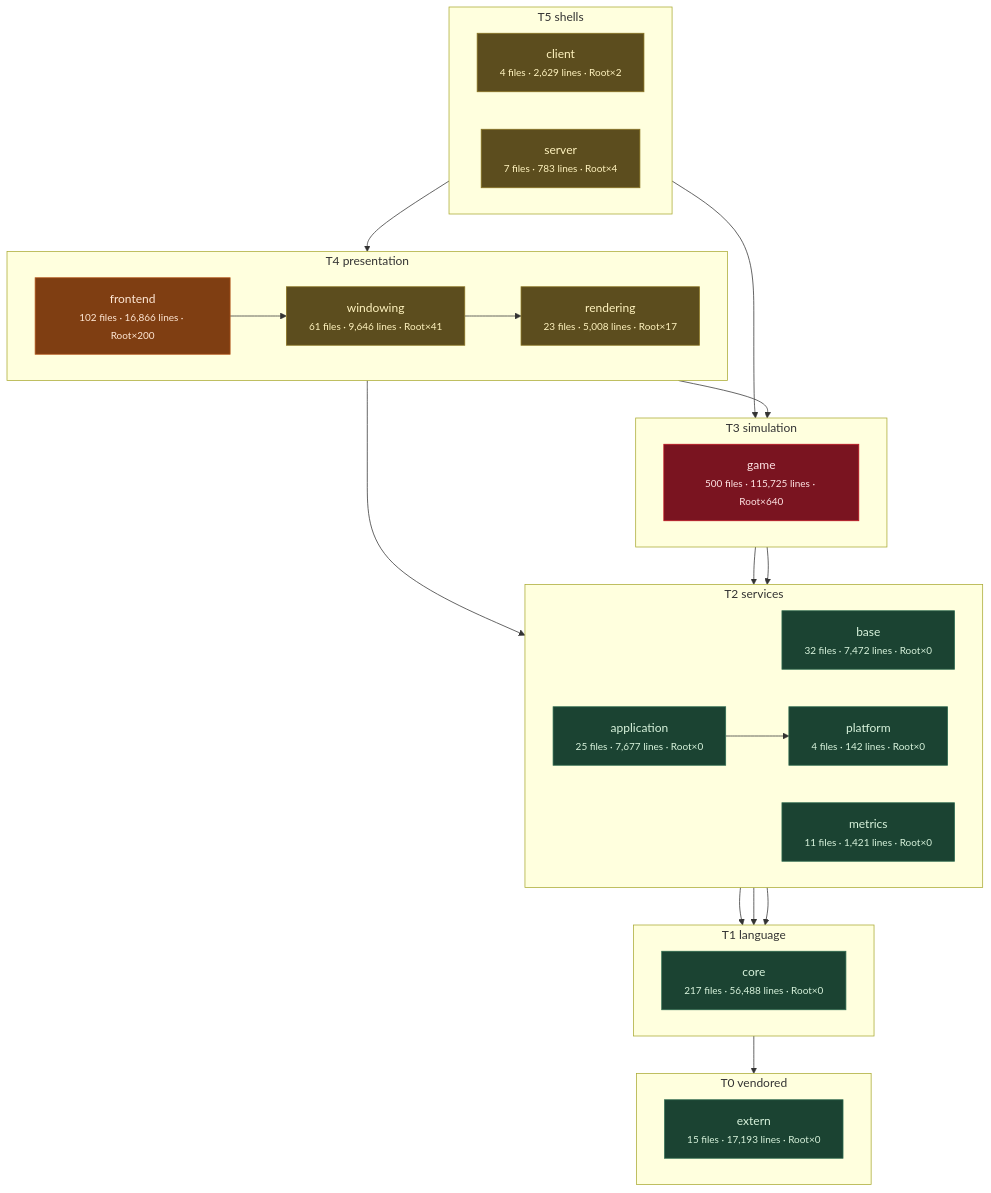
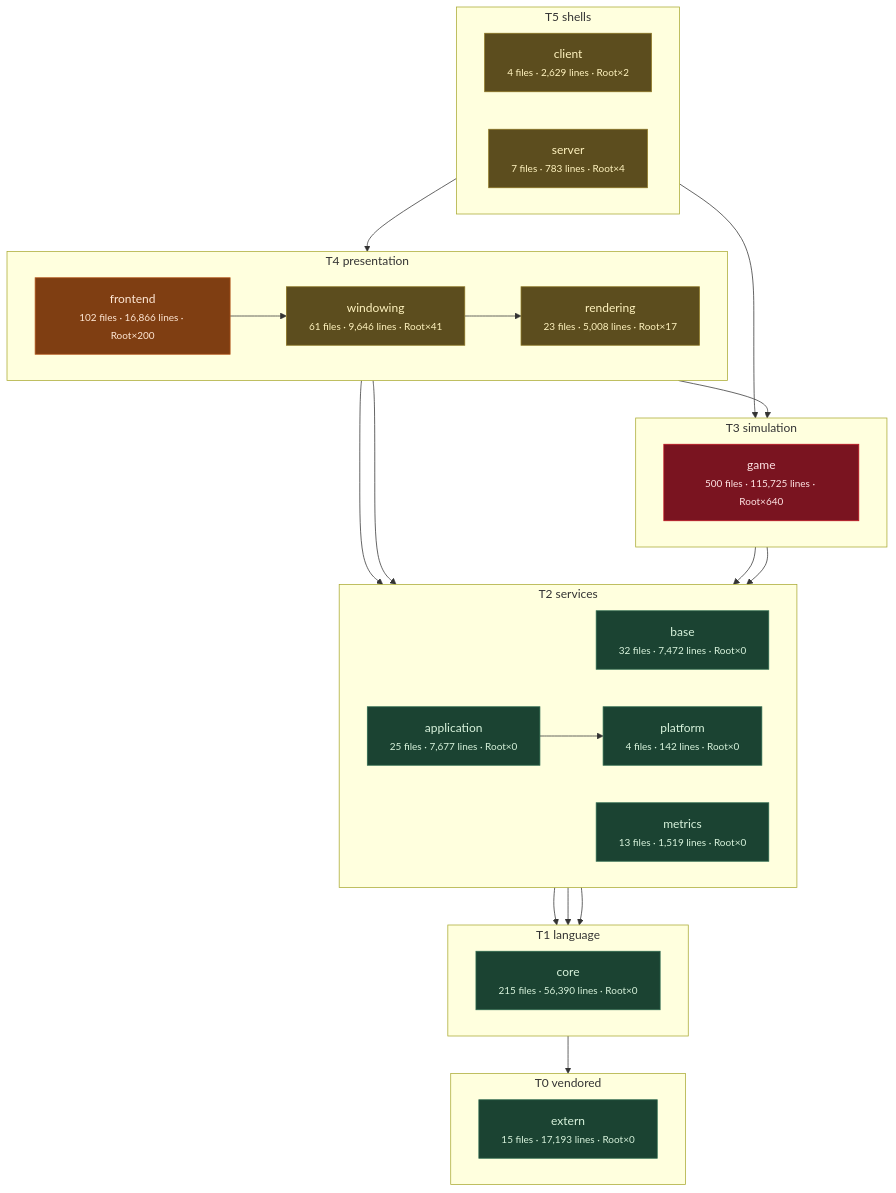
Before and after one commit to apnex/OpenStarbound: the third of 11 diagrams in docs/architecture/system-boundaries.md, drawn with Mermaid. The commit also changed other lines of this file and 8 other files, not shown here.

````diff
--- a/docs/architecture/system-boundaries.md
+++ b/docs/architecture/system-boundaries.md
@@ -271,54 +271,55 @@
 ```mermaid
 flowchart TD
   subgraph T0["T0 vendored"]
     direction LR
     extern["extern<br/><small>15 files · 17,193 lines · Root×0</small>"]
   end
   subgraph T1["T1 language"]
     direction LR
-    core["core<br/><small>217 files · 56,488 lines · Root×0</small>"]
+    core["core<br/><small>215 files · 56,390 lines · Root×0</small>"]
   end
   subgraph T2["T2 services"]
     direction LR
     base["base<br/><small>32 files · 7,472 lines · Root×0</small>"]
-    metrics["metrics<br/><small>11 files · 1,421 lines · Root×0</small>"]
+    metrics["metrics<br/><small>13 files · 1,519 lines · Root×0</small>"]
     platform["platform<br/><small>4 files · 142 lines · Root×0</small>"]
     application["application<br/><small>25 files · 7,677 lines · Root×0</small>"]
   end
   subgraph T3["T3 simulation"]
     direction LR
     game["game<br/><small>500 files · 115,725 lines · Root×640</small>"]
   end
   subgraph T4["T4 presentation"]
     direction LR
     rendering["rendering<br/><small>23 files · 5,008 lines · Root×17</small>"]
     windowing["windowing<br/><small>61 files · 9,646 lines · Root×41</small>"]
     frontend["frontend<br/><small>102 files · 16,866 lines · Root×200</small>"]
   end
   subgraph T5["T5 shells"]
     direction LR
     client["client<br/><small>4 files · 2,629 lines · Root×2</small>"]
     server["server<br/><small>7 files · 783 lines · Root×4</small>"]
   end
   core --> extern
   base --> core
   metrics --> core
   platform --> core
   application --> platform
   game --> base
   game --> platform
   rendering --> application
   rendering --> game
   windowing --> rendering
+  frontend --> metrics
   frontend --> windowing
   client --> frontend
   server --> game
   classDef clean fill:#1b4332,stroke:#2d6a4f,color:#d8f3dc
   classDef warm  fill:#5c4d1e,stroke:#8a7420,color:#fff3bf
   classDef hot   fill:#7f3e12,stroke:#b5561b,color:#ffe8d6
   classDef blaze fill:#7a1420,stroke:#c1121f,color:#ffe5e5
   class extern,core,base,metrics,platform,application clean
   class rendering,windowing,client,server warm
   class frontend hot
   class game blaze
 ```
````
